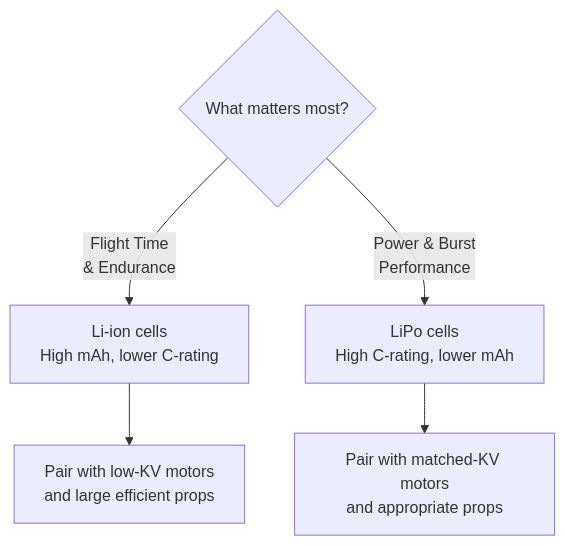
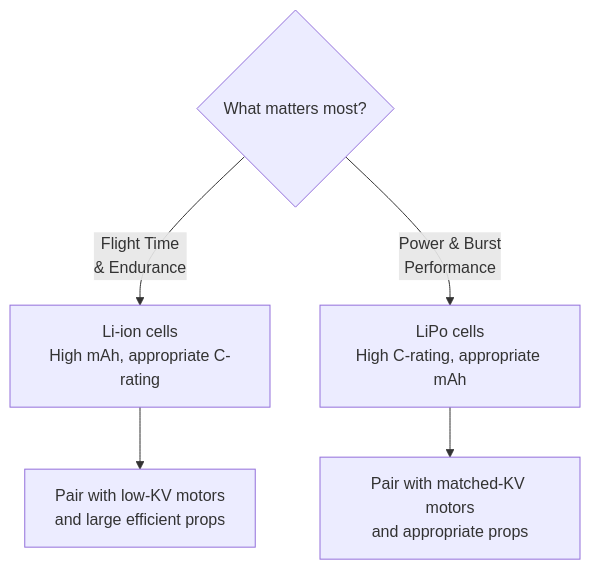
One commit to oyegunmen/JanFlight changed the sixth of 10 diagrams in docs/content/basics.md. Above: the diagram before and after it, drawn with Mermaid. The commit also changed other lines of this file and 5 other files, not shown here.

````diff
--- a/docs/content/basics.md
+++ b/docs/content/basics.md
@@ -373,8 +366,8 @@
 ```mermaid
 flowchart TD
     Q{What matters most?}
-    Q -->|"Flight Time\n& Endurance"| A["Li-ion cells\nHigh mAh, lower C-rating"]
-    Q -->|"Power & Burst\nPerformance"| B["LiPo cells\nHigh C-rating, lower mAh"]
+    Q -->|"Flight Time\n& Endurance"| A["Li-ion cells\nHigh mAh, appropriate C-rating"]
+    Q -->|"Power & Burst\nPerformance"| B["LiPo cells\nHigh C-rating, appropriate mAh"]
     A --> C["Pair with low-KV motors\nand large efficient props"]
     B --> D["Pair with matched-KV motors\nand appropriate props"]
 ```
````
